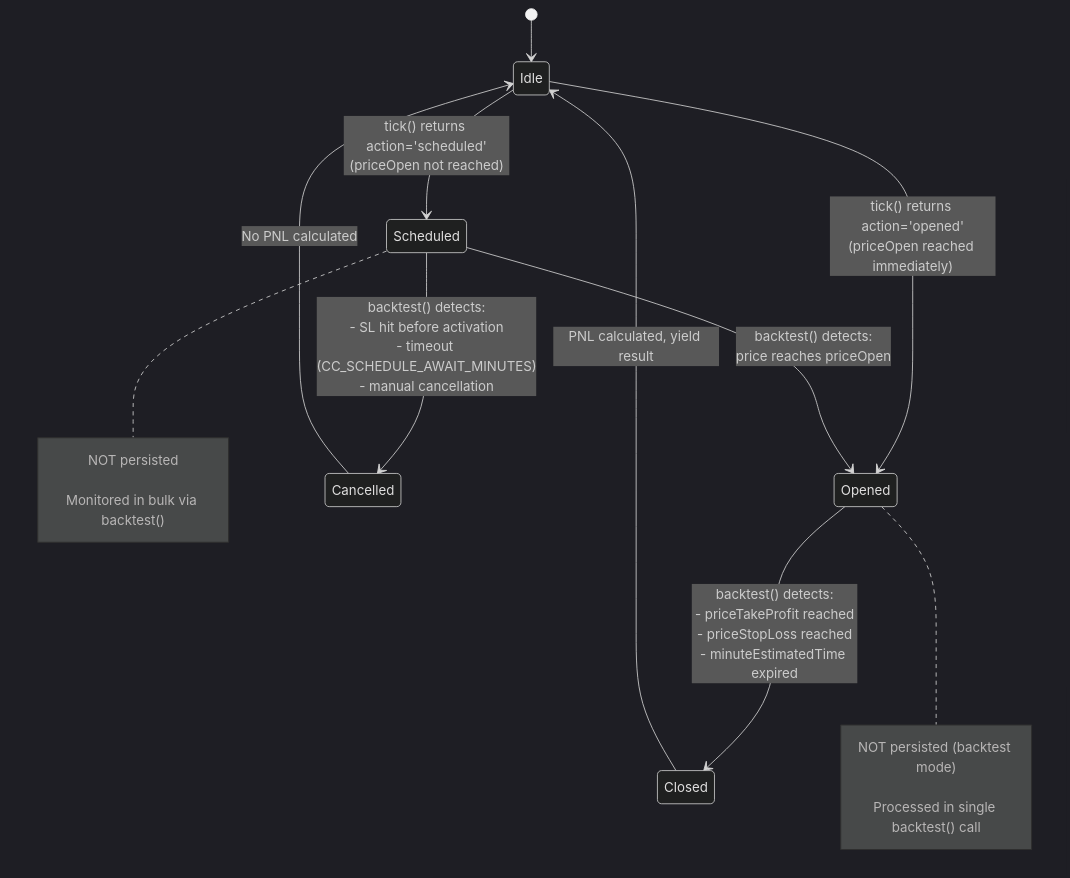
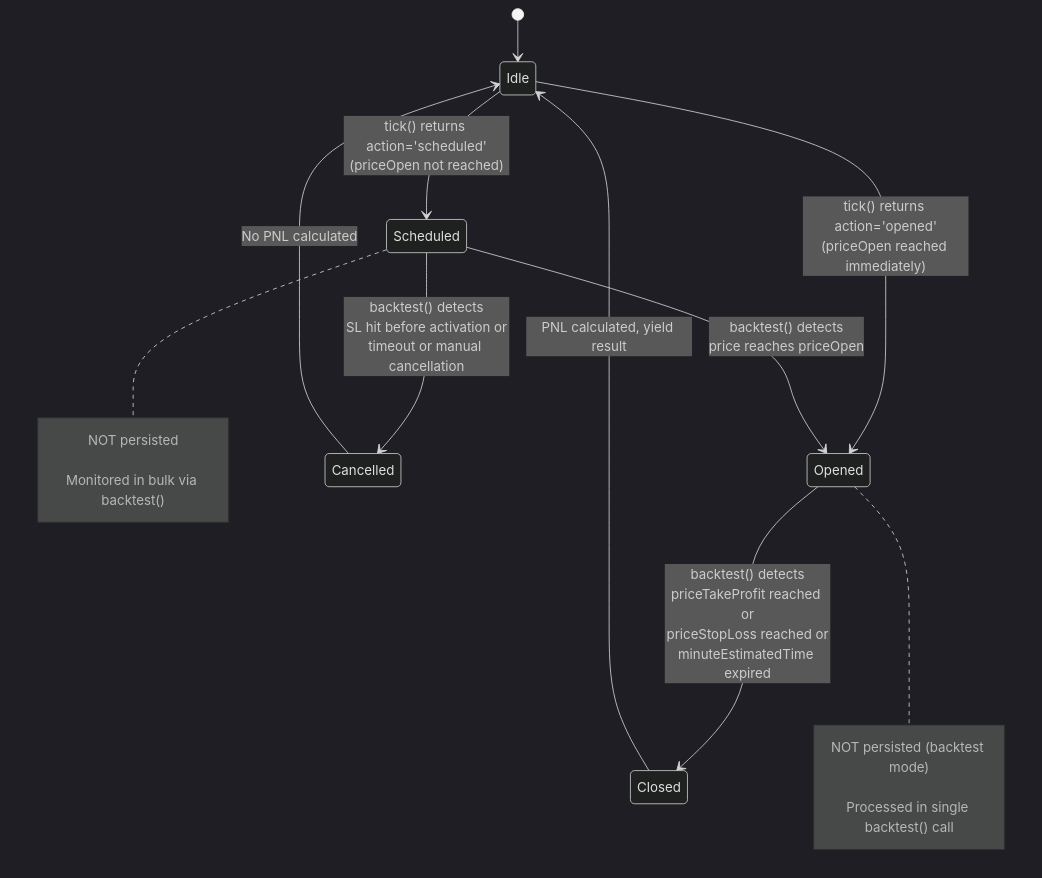
Before and after one commit to pegaltier/backtest-kit: the sixth of 8 diagrams in docs/design/21_backtest-mode.md, drawn with Mermaid (dark theme). The commit also changed 2 other files, not shown here.

````diff
--- a/docs/design/21_backtest-mode.md
+++ b/docs/design/21_backtest-mode.md
@@ -420,25 +420,25 @@
 ```mermaid
 stateDiagram-v2
     [*] --> Idle
-    
+
     Idle --> Scheduled: tick() returns action='scheduled'<br/>(priceOpen not reached)
     Idle --> Opened: tick() returns action='opened'<br/>(priceOpen reached immediately)
-    
-    Scheduled --> Cancelled: backtest() detects:<br/>- SL hit before activation<br/>- timeout (CC_SCHEDULE_AWAIT_MINUTES)<br/>- manual cancellation
-    Scheduled --> Opened: backtest() detects:<br/>price reaches priceOpen
-    
-    Opened --> Closed: backtest() detects:<br/>- priceTakeProfit reached<br/>- priceStopLoss reached<br/>- minuteEstimatedTime expired
-    
+
+    Scheduled --> Cancelled: backtest() detects<br/>SL hit before activation or<br/>timeout or manual cancellation
+    Scheduled --> Opened: backtest() detects<br/>price reaches priceOpen
+
+    Opened --> Closed: backtest() detects<br/>priceTakeProfit reached or<br/>priceStopLoss reached or<br/>minuteEstimatedTime expired
+
     Cancelled --> Idle: No PNL calculated
     Closed --> Idle: PNL calculated, yield result
-    
+
     note right of Scheduled
         NOT persisted<br/>
         Monitored in bulk via backtest()
     end note
-    
+
     note right of Opened
         NOT persisted (backtest mode)<br/>
         Processed in single backtest() call
     end note
 ```
````
